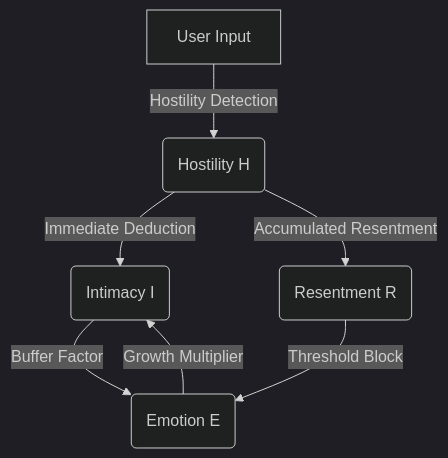
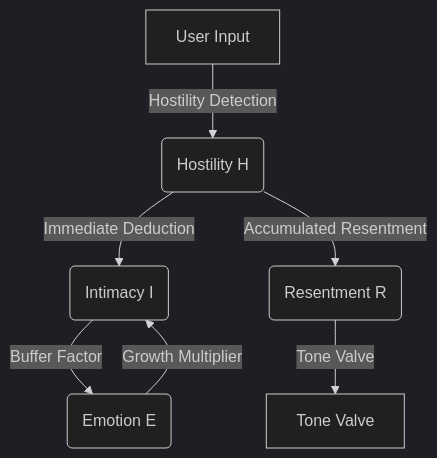
One commit to ApolloEddy/AI_Companion changed the second of 2 diagrams in README_EN.md. Above: the diagram before and after it, drawn with Mermaid (dark theme). The commit also changed other lines of this file and 10 other files, not shown here.

Commit message:
feat: 引入 Reaction Compass 系统与 Tone Valve 语气阀门，重构L1感知层以支持高精度心理侧写

````diff
--- a/README_EN.md
+++ b/README_EN.md
@@ -64,9 +67,9 @@
 ```mermaid
 graph TD
     Input[User Input] -->|Hostility Detection| Hostility(Hostility H)
     Hostility -->|Immediate Deduction| Intimacy(Intimacy I)
     Intimacy -->|Buffer Factor| Emotion(Emotion E)
     Emotion -->|Growth Multiplier| Intimacy
     Hostility -->|Accumulated Resentment| Resentment(Resentment R)
-    Resentment -->|Threshold Block| Emotion
+    Resentment -->|Tone Valve| Output[Tone Valve]
 ```
````
